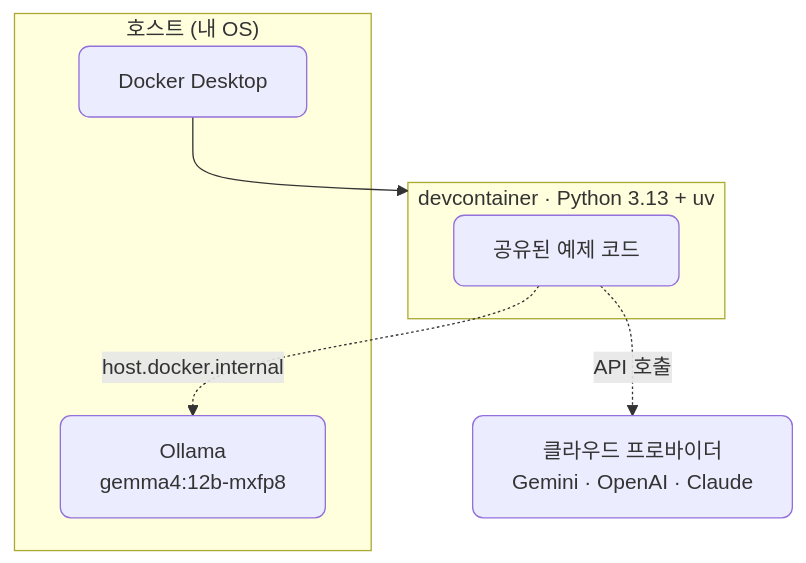
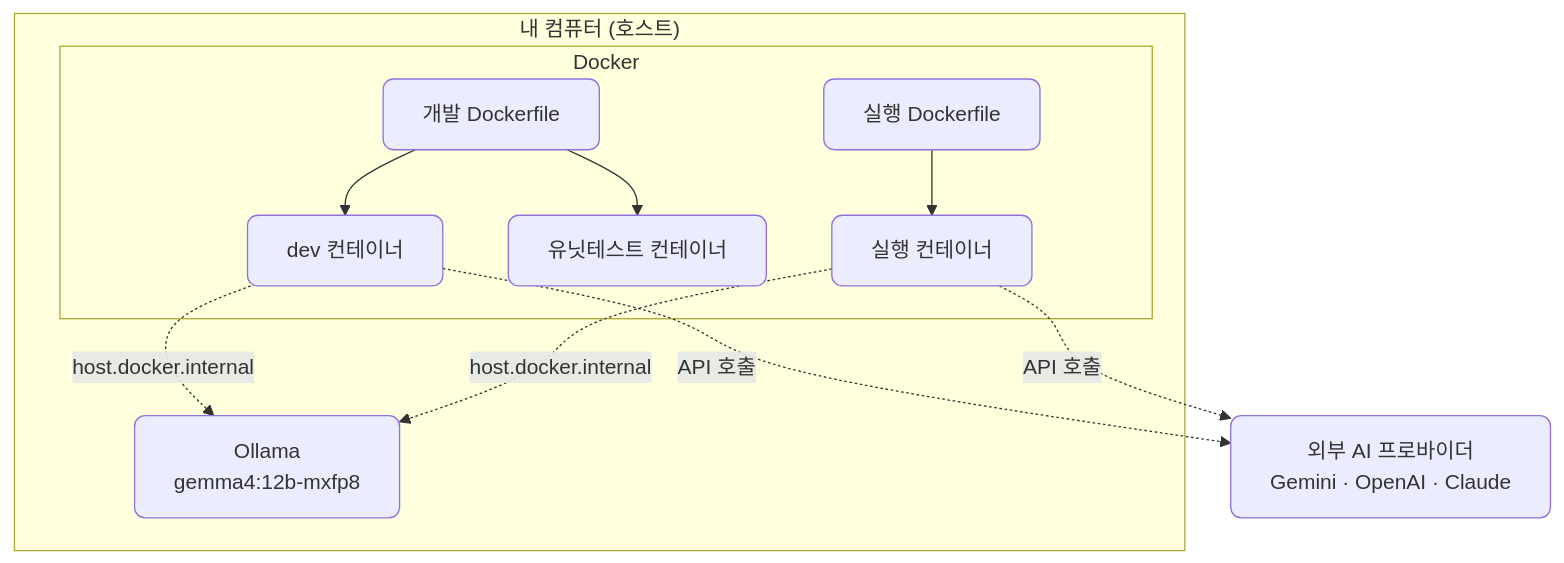
One commit to CodeCompose7/ai_service_engineering changed the diagram in docs/section1/lec01/README.md. Above: the diagram before and after it, drawn with Mermaid. The commit also changed other lines of this file, not shown here.

Commit message:
lec01 환경 그림을 컴퓨터>Docker>컨테이너 구조로 재구성
첨부 손그림 구조를 반영한다.
- 내 컴퓨터 > Docker 안에 dev/유닛테스트/실행 컨테이너 3종
- 개발 Dockerfile → dev·유닛테스트, 실행 Dockerfile → 실행 컨테이너
- Ollama(gemma4)는 호스트, 외부 AI 프로바이더는 컴퓨터 바깥
- 중복되던 dev/runtime 보조 그림 제거하고 설명을 그림에 맞춤

````diff
--- a/docs/section1/lec01/README.md
+++ b/docs/section1/lec01/README.md
@@ -11,14 +11,17 @@
 ```mermaid
-flowchart TD
-  subgraph HOST["호스트 (내 OS)"]
-    DK["Docker Desktop"]
-    OLM["Ollama<br/>gemma4:12b-mxfp8"]
+flowchart TB
+  subgraph COMP["내 컴퓨터 (호스트)"]
+    subgraph DOCKER["Docker"]
+      DF1["개발 Dockerfile"] --> DEV["dev 컨테이너"]
+      DF1 --> TEST["유닛테스트 컨테이너"]
+      DF2["실행 Dockerfile"] --> RUN["실행 컨테이너"]
+    end
+    OLL["Ollama<br/>gemma4:12b-mxfp8"]
   end
-  subgraph DEV["devcontainer · Python 3.13 + uv"]
-    CODE["공유된 예제 코드"]
-  end
-  DK --> DEV
-  CODE -. "host.docker.internal" .-> OLM
-  CODE -. "API 호출" .-> CLOUD["클라우드 프로바이더<br/>Gemini · OpenAI · Claude"]
+  EXT["외부 AI 프로바이더<br/>Gemini · OpenAI · Claude"]
+  DEV -. "host.docker.internal" .-> OLL
+  RUN -. "host.docker.internal" .-> OLL
+  DEV -. "API 호출" .-> EXT
+  RUN -. "API 호출" .-> EXT
   classDef default rx:8,ry:8;
 ```
````
